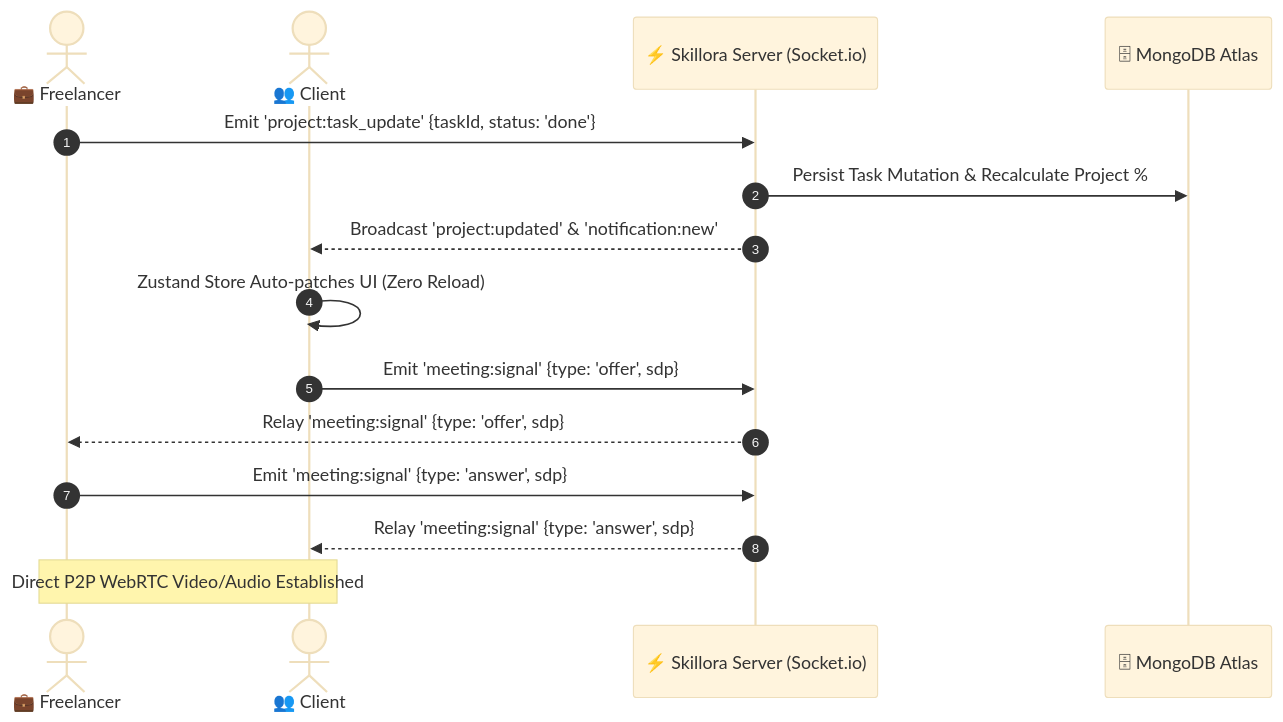
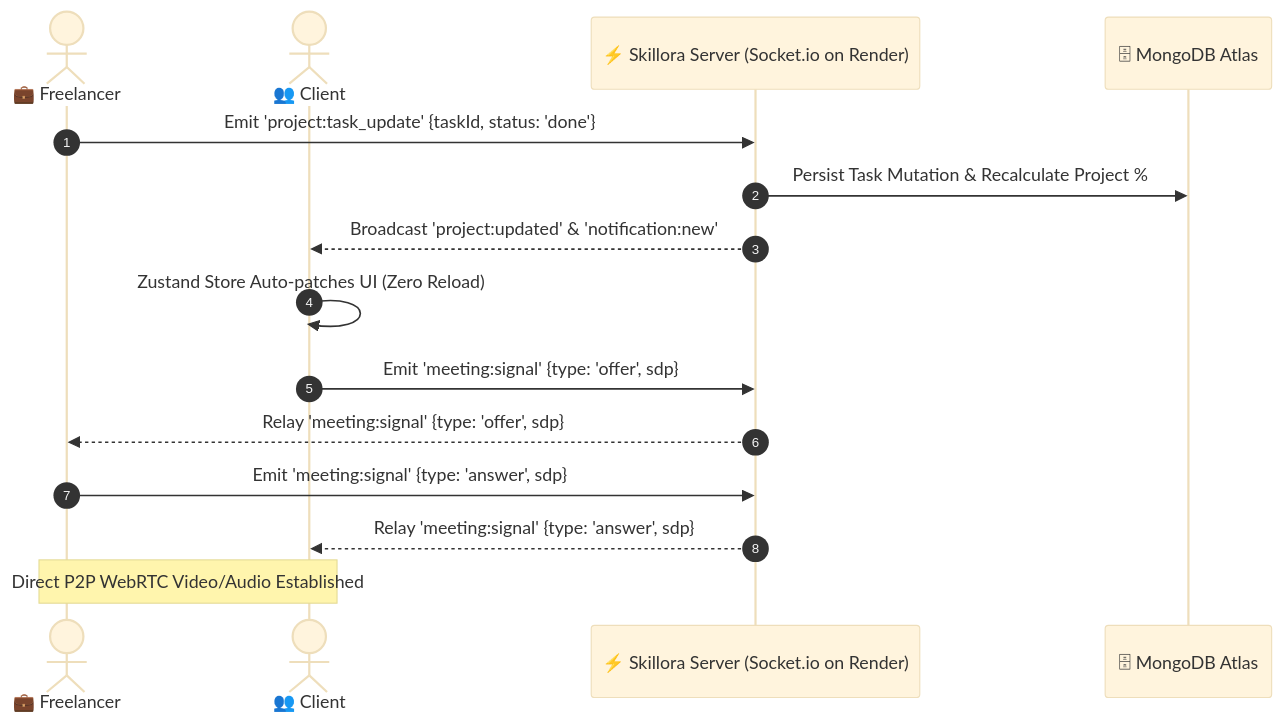
One commit to Aaryan-9784/Skillora changed the second of 3 diagrams in README.md. Above: the diagram before and after it, drawn with Mermaid (base theme). The commit also changed other lines of this file, not shown here.

````diff
--- a/README.md
+++ b/README.md
@@ -181,19 +203,19 @@
 ```mermaid
 sequenceDiagram
     autonumber
     actor Freelancer as 💼 Freelancer
     actor Client as 👥 Client
-    participant Server as ⚡ Skillora Server (Socket.io)
+    participant Server as ⚡ Skillora Server (Socket.io on Render)
     participant DB as 🗄 MongoDB Atlas
 
     Freelancer->>Server: Emit 'project:task_update' {taskId, status: 'done'}
     Server->>DB: Persist Task Mutation & Recalculate Project %
     Server-->>Client: Broadcast 'project:updated' & 'notification:new'
     Client->>Client: Zustand Store Auto-patches UI (Zero Reload)
 
     Client->>Server: Emit 'meeting:signal' {type: 'offer', sdp}
     Server-->>Freelancer: Relay 'meeting:signal' {type: 'offer', sdp}
     Freelancer->>Server: Emit 'meeting:signal' {type: 'answer', sdp}
     Server-->>Client: Relay 'meeting:signal' {type: 'answer', sdp}
     Note over Freelancer,Client: Direct P2P WebRTC Video/Audio Established
 ```
````
